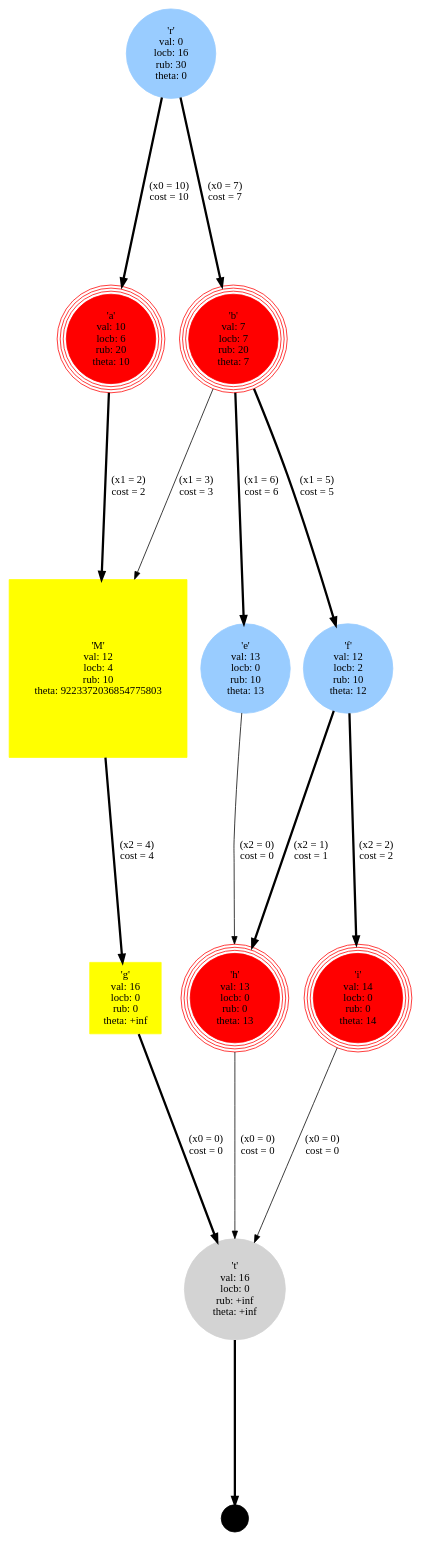
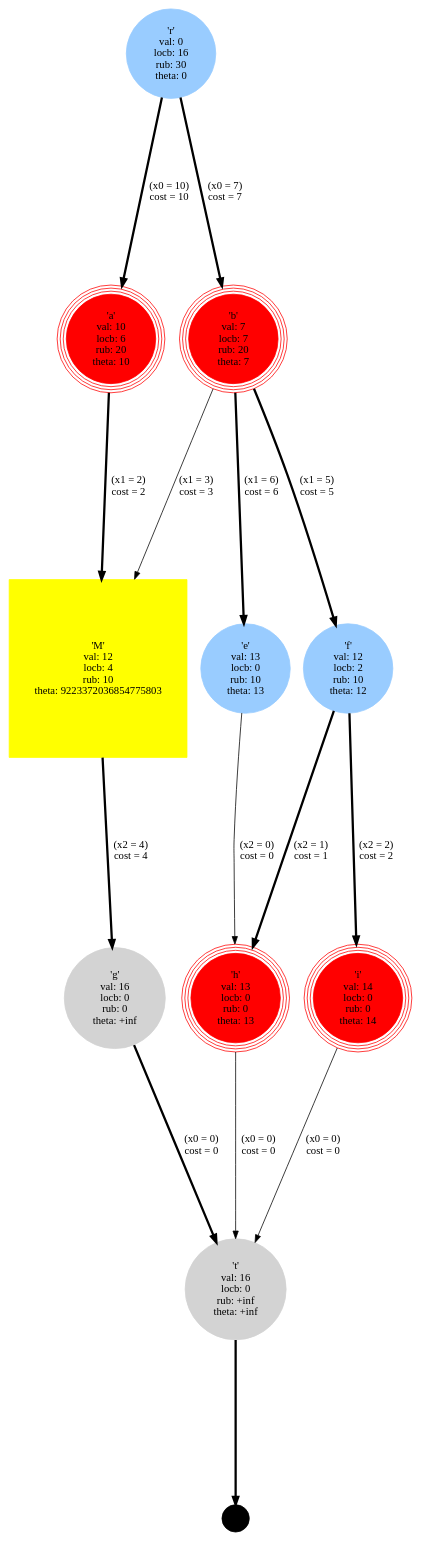
One commit to xgillard/ddo changed the diagram in resources/visualisation_tests/default_viz.dot. Above: the diagram before and after it, drawn with Graphviz. The commit also changed 3 other files, not shown here.

```diff
--- a/resources/visualisation_tests/default_viz.dot
+++ b/resources/visualisation_tests/default_viz.dot
@@ -1,29 +1,29 @@
 digraph {
         ranksep = 3;
 
         0 [shape=circle,style=filled,color="#99ccff",peripheries=1,group="root",label="'r'\nval: 0\nlocb: 16\nrub: 30\ntheta: 0"];
         1 [shape=circle,style=filled,color=red,peripheries=4,group="0",label="'a'\nval: 10\nlocb: 6\nrub: 20\ntheta: 10"];
         0 -> 1 [penwidth=3,label="(x0 = 10)\ncost = 10"];
         2 [shape=circle,style=filled,color=red,peripheries=4,group="0",label="'b'\nval: 7\nlocb: 7\nrub: 20\ntheta: 7"];
         0 -> 2 [penwidth=3,label="(x0 = 7)\ncost = 7"];
         5 [shape=circle,style=filled,color="#99ccff",peripheries=1,group="1",label="'e'\nval: 13\nlocb: 0\nrub: 10\ntheta: 13"];
         2 -> 5 [penwidth=3,label="(x1 = 6)\ncost = 6"];
         6 [shape=circle,style=filled,color="#99ccff",peripheries=1,group="1",label="'f'\nval: 12\nlocb: 2\nrub: 10\ntheta: 12"];
         2 -> 6 [penwidth=3,label="(x1 = 5)\ncost = 5"];
         7 [shape=square,style=filled,color=yellow,peripheries=1,group="1",label="'M'\nval: 12\nlocb: 4\nrub: 10\ntheta: 9223372036854775803"];
         2 -> 7 [penwidth=1,label="(x1 = 3)\ncost = 3"];
         1 -> 7 [penwidth=3,label="(x1 = 2)\ncost = 2"];
         8 [shape=circle,style=filled,color=red,peripheries=4,group="2",label="'h'\nval: 13\nlocb: 0\nrub: 0\ntheta: 13"];
         6 -> 8 [penwidth=3,label="(x2 = 1)\ncost = 1"];
         5 -> 8 [penwidth=1,label="(x2 = 0)\ncost = 0"];
         9 [shape=circle,style=filled,color=red,peripheries=4,group="2",label="'i'\nval: 14\nlocb: 0\nrub: 0\ntheta: 14"];
         6 -> 9 [penwidth=3,label="(x2 = 2)\ncost = 2"];
-        10 [shape=square,style=filled,color=yellow,peripheries=1,group="2",label="'g'\nval: 16\nlocb: 0\nrub: 0\ntheta: +inf"];
+        10 [shape=circle,style=filled,color=lightgray,peripheries=1,group="2",label="'g'\nval: 16\nlocb: 0\nrub: 0\ntheta: +inf"];
         7 -> 10 [penwidth=3,label="(x2 = 4)\ncost = 4"];
         11 [shape=circle,style=filled,color=lightgray,peripheries=1,group="0",label="'t'\nval: 16\nlocb: 0\nrub: +inf\ntheta: +inf"];
         9 -> 11 [penwidth=1,label="(x0 = 0)\ncost = 0"];
         10 -> 11 [penwidth=3,label="(x0 = 0)\ncost = 0"];
         8 -> 11 [penwidth=1,label="(x0 = 0)\ncost = 0"];
         terminal [shape="circle", label="", style="filled", color="black", group="terminal"];
         11 -> terminal [penwidth=3];
 }
```
